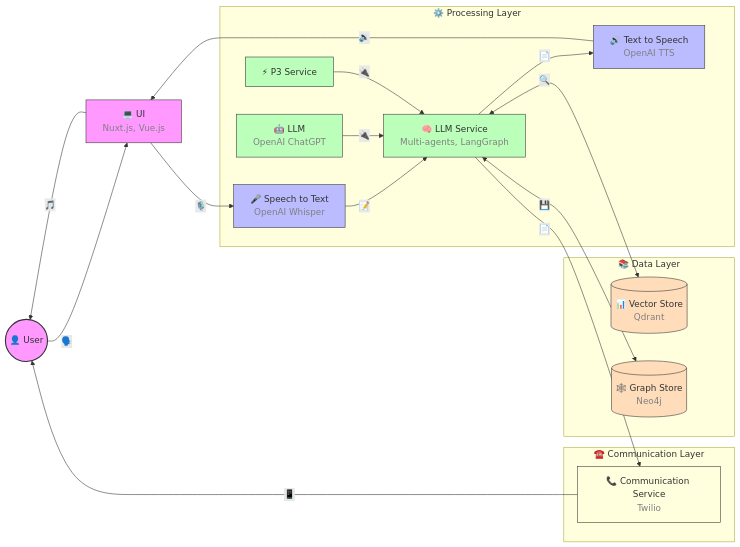
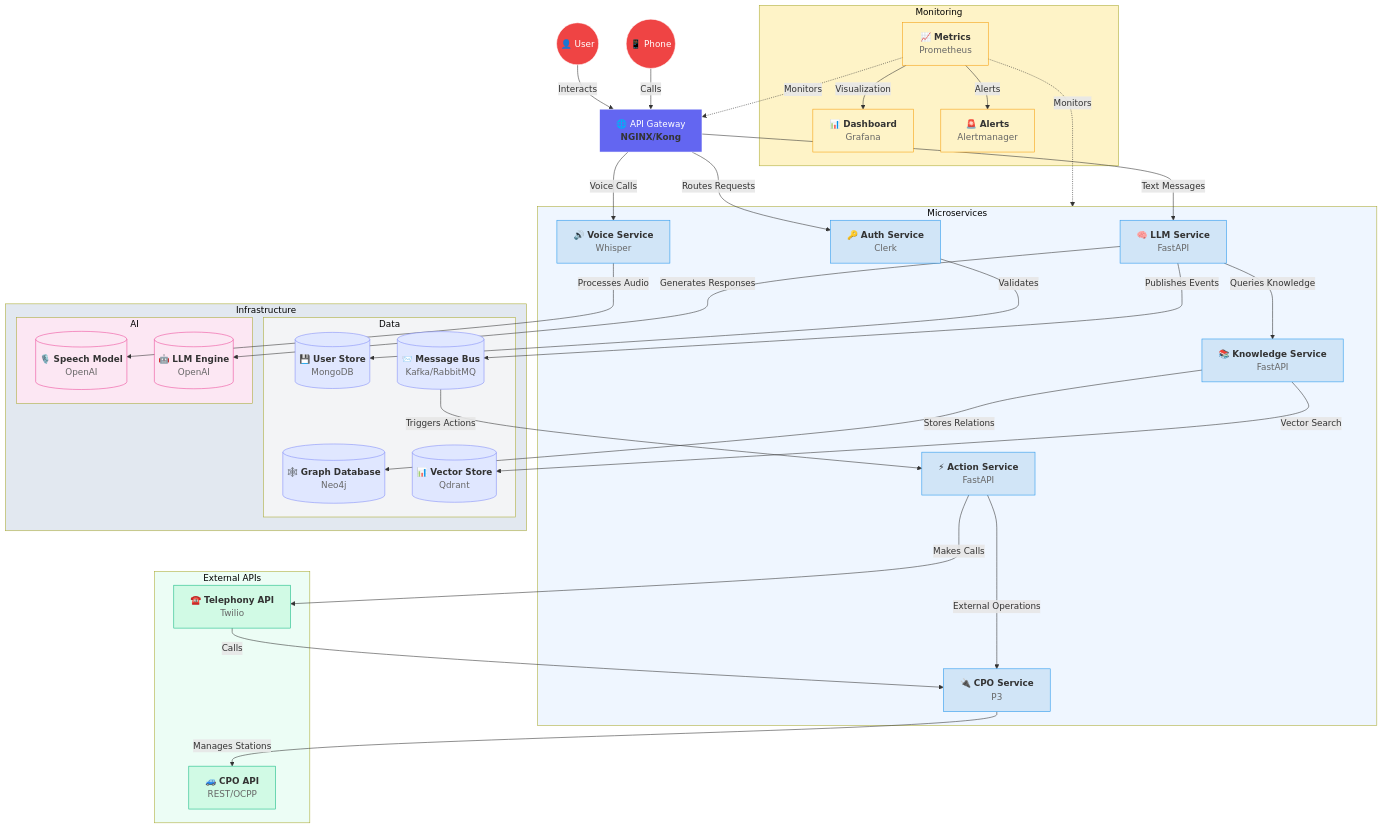
The diagram in others/docs/projects/P3/architecture.md (doantronghieu/Nexus), drawn with Mermaid before and after one commit. The commit also changed 4 other files, not shown here.

````diff
--- a/others/docs/projects/P3/architecture.md
+++ b/others/docs/projects/P3/architecture.md
@@ -1,66 +1,99 @@
 ```mermaid
-flowchart LR
-    User((👤 User))
-    UI["💻 UI<br><font color='gray' size='smaller'>Nuxt.js, Vue.js</font>"]
-    STT["🎤 Speech to Text<br><font color='gray' size='smaller'>OpenAI Whisper</font>"]
-    LLM_Service["🧠 LLM Service<br><font color='gray' size='smaller'>Multi-agents, LangGraph</font>"]
-    GPT["🤖 LLM<br><font color='gray' size='smaller'>OpenAI ChatGPT</font>"]
-    P3["⚡ P3 Service"]
-    TTS["🔊 Text to Speech<br><font color='gray' size='smaller'>OpenAI TTS</font>"]
-    Twilio["📞 Communication Service<br><font color='gray' size='smaller'>Twilio</font>"]
-    VS[(📊 Vector Store<br><font color='gray' size='smaller'>Qdrant</font>)]
-    GS[(🕸️ Graph Store<br><font color='gray' size='smaller'>Neo4j</font>)]
+graph TD
+    %% External entities
+    User((👤 User)) -->|Interacts| APIGateway[🌐 API Gateway<br><font color='#333333' size='smaller'><b>NGINX/Kong</b></font>]
+    Phone((📱 Phone)) -->|Calls| APIGateway
     
-    User -->|🗣️| UI
-    UI -->|🎙️| STT
-    STT -->|📝| LLM_Service
-    GPT -->|🔌| LLM_Service
-    P3 -->|🔌| LLM_Service
-    LLM_Service -->|📄| TTS
-    TTS -->|🔉| UI
-    UI -->|🎵| User
+    %% Core gateway
+    APIGateway -->|Routes Requests| AuthService[🔑 <b>Auth Service</b><br><font color='#666666' size='smaller'>Clerk</font>]
+    APIGateway -->|Voice Calls| VoiceService[🔊 <b>Voice Service</b><br><font color='#666666' size='smaller'>Whisper</font>]
+    APIGateway -->|Text Messages| LLMService[🧠 <b>LLM Service</b><br><font color='#666666' size='smaller'>FastAPI</font>]
     
-    %% Twilio integration
-    LLM_Service -->|📄| Twilio
-    Twilio -->|📱| User
+    %% Service connections
+    AuthService -->|Validates| MongoDB1[(💾 <b>User Store</b><br><font color='#666666' size='smaller'>MongoDB</font>)]
+    VoiceService -->|Processes Audio| OpenLLM1[(🎙️ <b>Speech Model</b><br><font color='#666666' size='smaller'>OpenAI</font>)]
     
-    LLM_Service <-->|🔍| VS
-    LLM_Service <-->|💾| GS
+    %% Intelligence services
+    LLMService -->|Generates Responses| OpenLLM2[(🤖 <b>LLM Engine</b><br><font color='#666666' size='smaller'>OpenAI</font>)]
+    LLMService -->|Queries Knowledge| KnowledgeService[📚 <b>Knowledge Service</b><br><font color='#666666' size='smaller'>FastAPI</font>]
+    LLMService -->|Publishes Events| EventBus[(📨 <b>Message Bus</b><br><font color='#666666' size='smaller'>Kafka/RabbitMQ</font>)]
     
-    subgraph "📚 Data Layer"
-        VS
-        GS
+    %% Data & Integration
+    KnowledgeService -->|Stores Relations| GraphDB[(🕸️ <b>Graph Database</b><br><font color='#666666' size='smaller'>Neo4j</font>)]
+    KnowledgeService -->|Vector Search| VectorDB[(📊 <b>Vector Store</b><br><font color='#666666' size='smaller'>Qdrant</font>)]
+    
+    %% Action service
+    EventBus -->|Triggers Actions| ActionService[⚡ <b>Action Service</b><br><font color='#666666' size='smaller'>FastAPI</font>]
+    ActionService -->|External Operations| CPOService[🔌 <b>CPO Service</b><br><font color='#666666' size='smaller'>P3</font>]
+    CPOService -->|Manages Stations| CPOAPI[🚙 <b>CPO API</b><br><font color='#666666' size='smaller'>REST/OCPP</font>]
+    
+    %% New connection: Action Service to Telephony API, Telephony API to P3
+    ActionService -->|Makes Calls| TwilioAPI[☎️ <b>Telephony API</b><br><font color='#666666' size='smaller'>Twilio</font>]
+    TwilioAPI -->|Calls| CPOService
+    
+    %% Observability
+    Prometheus[📈 <b>Metrics</b><br><font color='#666666' size='smaller'>Prometheus</font>] -.->|Monitors| APIGateway
+    Prometheus -.->|Monitors| Services
+    Prometheus -->|Visualization| Grafana[📊 <b>Dashboard</b><br><font color='#666666' size='smaller'>Grafana</font>]
+    Prometheus -->|Alerts| Alertmanager[🚨 <b>Alerts</b><br><font color='#666666' size='smaller'>Alertmanager</font>]
+    
+    %% Service groups
+    subgraph Services[Microservices]
+        AuthService
+        VoiceService
+        LLMService
+        KnowledgeService
+        ActionService
+        CPOService
     end
     
-    subgraph "⚙️ Processing Layer"
-        STT
-        GPT
-        P3
-        LLM_Service
-        TTS
+    subgraph Infrastructure[Infrastructure]
+        subgraph DataLayer[Data]
+            MongoDB1
+            GraphDB
+            VectorDB
+            EventBus
+        end
+
+        subgraph AILayer[AI]
+            OpenLLM1
+            OpenLLM2
+        end
     end
     
-    subgraph "☎️ Communication Layer"
-        Twilio
+    subgraph Monitoring[Monitoring]
+        Prometheus
+        Grafana
+        Alertmanager
     end
     
-    %% UI Layer - Purple theme
-    style User fill:#f9f,stroke:#333,stroke-width:2px
-    style UI fill:#f9f,stroke:#333,stroke-width:1px
+    subgraph ExternalAPIs[External APIs]
+        TwilioAPI
+        CPOAPI
+    end
     
-    %% Speech Processing - Blue theme
-    style STT fill:#bbf,stroke:#333,stroke-width:1px
-    style TTS fill:#bbf,stroke:#333,stroke-width:1px
+    %% Styling
+    classDef gateway fill:#6366F1,stroke:#fff,stroke-width:1px,color:#fff
+    classDef service fill:#D1E5F7,stroke:#2496ED,stroke-width:1px,color:#333
+    classDef database fill:#E0E7FF,stroke:#818CF8,stroke-width:1px,color:#333
+    classDef models fill:#FCE7F3,stroke:#EC4899,stroke-width:1px,color:#333
+    classDef monitoring fill:#FEF3C7,stroke:#F59E0B,stroke-width:1px,color:#333
+    classDef user fill:#EF4444,stroke:#fff,stroke-width:1px,color:#fff
+    classDef external fill:#D1FAE5,stroke:#10B981,stroke-width:1px,color:#333
     
-    %% LLM Processing - Green theme
-    style LLM_Service fill:#bfb,stroke:#333,stroke-width:1px
-    style GPT fill:#bfb,stroke:#333,stroke-width:1px
-    style P3 fill:#bfb,stroke:#333,stroke-width:1px
+    class APIGateway gateway
+    class AuthService,VoiceService,LLMService,KnowledgeService,ActionService,CPOService service
+    class MongoDB1,GraphDB,VectorDB,EventBus database
+    class OpenLLM1,OpenLLM2 models
+    class Prometheus,Grafana,Alertmanager monitoring
+    class User,Phone user
+    class TwilioAPI,CPOAPI external
     
-    %% Storage - Orange theme
-    style VS fill:#fdb,stroke:#333,stroke-width:1px
-    style GS fill:#fdb,stroke:#333,stroke-width:1px
-    
-    %% Communication - Yellow theme
-    style Twilio fill:#ffd,stroke:#333,stroke-width:1px
+    %% Brighter backgrounds for subgraphs
+    style DataLayer fill:#F3F4F6,color:#000
+    style AILayer fill:#FCE7F3,color:#000
+    style Infrastructure fill:#E2E8F0,color:#000
+    style Services fill:#EFF6FF,color:#000
+    style Monitoring fill:#FEF3C7,color:#000
+    style ExternalAPIs fill:#ECFDF5,color:#000
 ```
````
